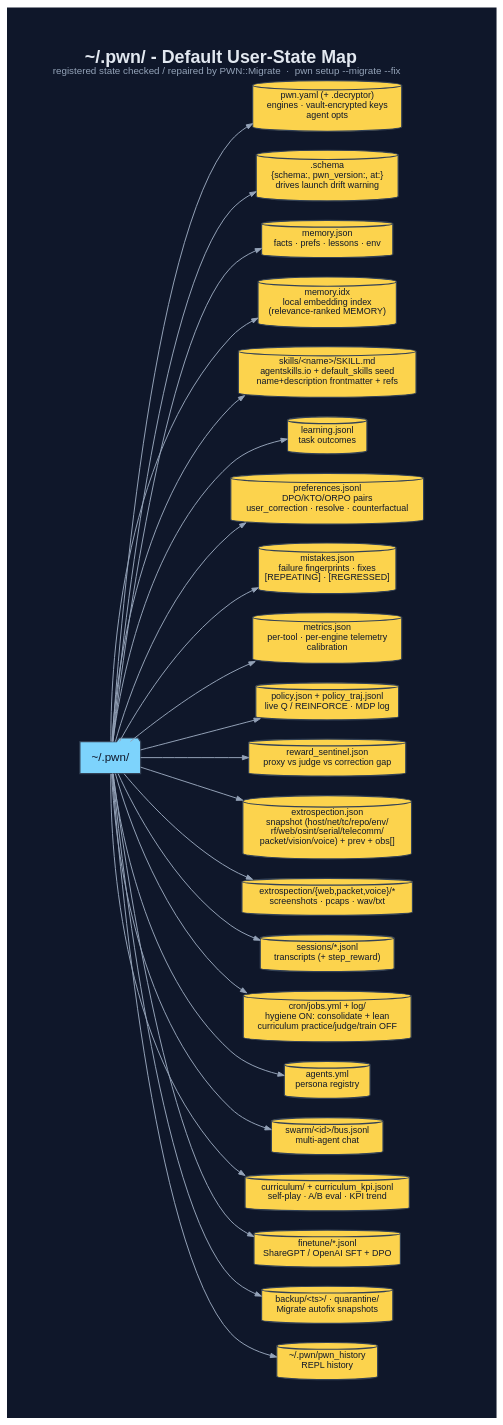
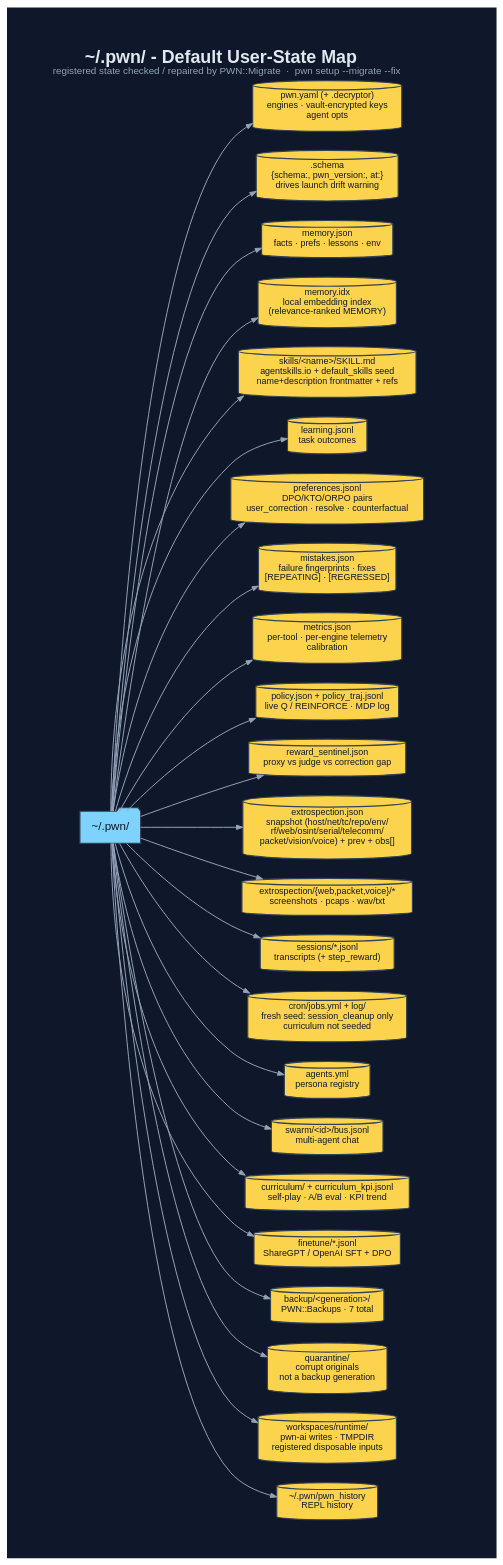
Before and after one commit to 0dayInc/pwn: the diagram in documentation/diagrams/dot/persistence-filesystem.dot, drawn with Graphviz. The commit also changed 125 other files, not shown here.

Commit message:
`pwn-ai` - implementwandboxed writes to diskn

```diff
--- a/documentation/diagrams/dot/persistence-filesystem.dot
+++ b/documentation/diagrams/dot/persistence-filesystem.dot
@@ -1,41 +1,43 @@
 digraph "PWN_Persistence" {
   graph [
     label=<<B>~/.pwn/ - Default User-State Map</B><BR/><FONT POINT-SIZE="11" COLOR="#94a3b8">registered state checked / repaired by PWN::Migrate  ·  pwn setup --migrate --fix</FONT>>,
     labelloc=t, fontsize=20, fontname="Helvetica",
     rankdir=LR, splines=spline, nodesep=0.3, ranksep=1.4,
     bgcolor="#0f172a", fontcolor="#e2e8f0", pad=0.6, newrank=true
   ];
   node [fontname="Helvetica", fontsize=10, style="filled,rounded",
         shape=box, penwidth=1.3, color="#334155", fontcolor="#0f172a"];
   edge [color="#94a3b8", penwidth=1.1, arrowsize=0.7];
 
   Root [label="~/.pwn/", shape=folder, fillcolor="#7dd3fc", fontsize=13];
 
   node [shape=cylinder, fillcolor="#fcd34d"];
   cfg  [label="pwn.yaml (+ .decryptor)\nengines · vault-encrypted keys\nagent opts"];
   schm [label=".schema\n{schema:, pwn_version:, at:}\ndrives launch drift warning"];
   mem  [label="memory.json\nfacts · prefs · lessons · env"];
   midx [label="memory.idx\nlocal embedding index\n(relevance-ranked MEMORY)"];
   skl  [label="skills/<name>/SKILL.md\nagentskills.io + default_skills seed\nname+description frontmatter + refs"];
   lrn  [label="learning.jsonl\ntask outcomes"];
   prf  [label="preferences.jsonl\nDPO/KTO/ORPO pairs\nuser_correction · resolve · counterfactual"];
   mis  [label="mistakes.json\nfailure fingerprints · fixes\n[REPEATING] · [REGRESSED]"];
   met  [label="metrics.json\nper-tool · per-engine telemetry\ncalibration"];
   pol  [label="policy.json + policy_traj.jsonl\nlive Q / REINFORCE · MDP log"];
   rws  [label="reward_sentinel.json\nproxy vs judge vs correction gap"];
   ext  [label="extrospection.json\nsnapshot (host/net/tc/repo/env/\nrf/web/osint/serial/telecomm/\npacket/vision/voice) + prev + obs[]"];
   eart [label="extrospection/{web,packet,voice}/*\nscreenshots · pcaps · wav/txt"];
   ses  [label="sessions/*.jsonl\ntranscripts (+ step_reward)"];
-  crn  [label="cron/jobs.yml + log/\nhygiene ON: consolidate + lean\ncurriculum practice/judge/train OFF"];
+  crn  [label="cron/jobs.yml + log/\nfresh seed: session_cleanup only\ncurriculum not seeded"];
   agt  [label="agents.yml\npersona registry"];
   swm  [label="swarm/<id>/bus.jsonl\nmulti-agent chat"];
   cur  [label="curriculum/ + curriculum_kpi.jsonl\nself-play · A/B eval · KPI trend"];
   ftn  [label="finetune/*.jsonl\nShareGPT / OpenAI SFT + DPO"];
-  bkp  [label="backup/<ts>/ · quarantine/\nMigrate autofix snapshots"];
+  bkp  [label="backup/<generation>/\nPWN::Backups · 7 total"];
+  qtn  [label="quarantine/\ncorrupt originals\nnot a backup generation"];
+  rt   [label="workspaces/runtime/\npwn-ai writes · TMPDIR\nregistered disposable inputs"];
   hist [label="~/.pwn/pwn_history\nREPL history"];
 
   Root->cfg;  Root->schm; Root->mem;  Root->midx; Root->skl;  Root->lrn;
   Root->prf;  Root->mis;  Root->met;  Root->pol;  Root->rws;  Root->ext;  Root->eart;
   Root->ses;  Root->crn;  Root->agt;  Root->swm;  Root->cur;  Root->ftn;
-  Root->bkp;  Root->hist;
+  Root->bkp;  Root->qtn; Root->hist; Root->rt;
 }
```
